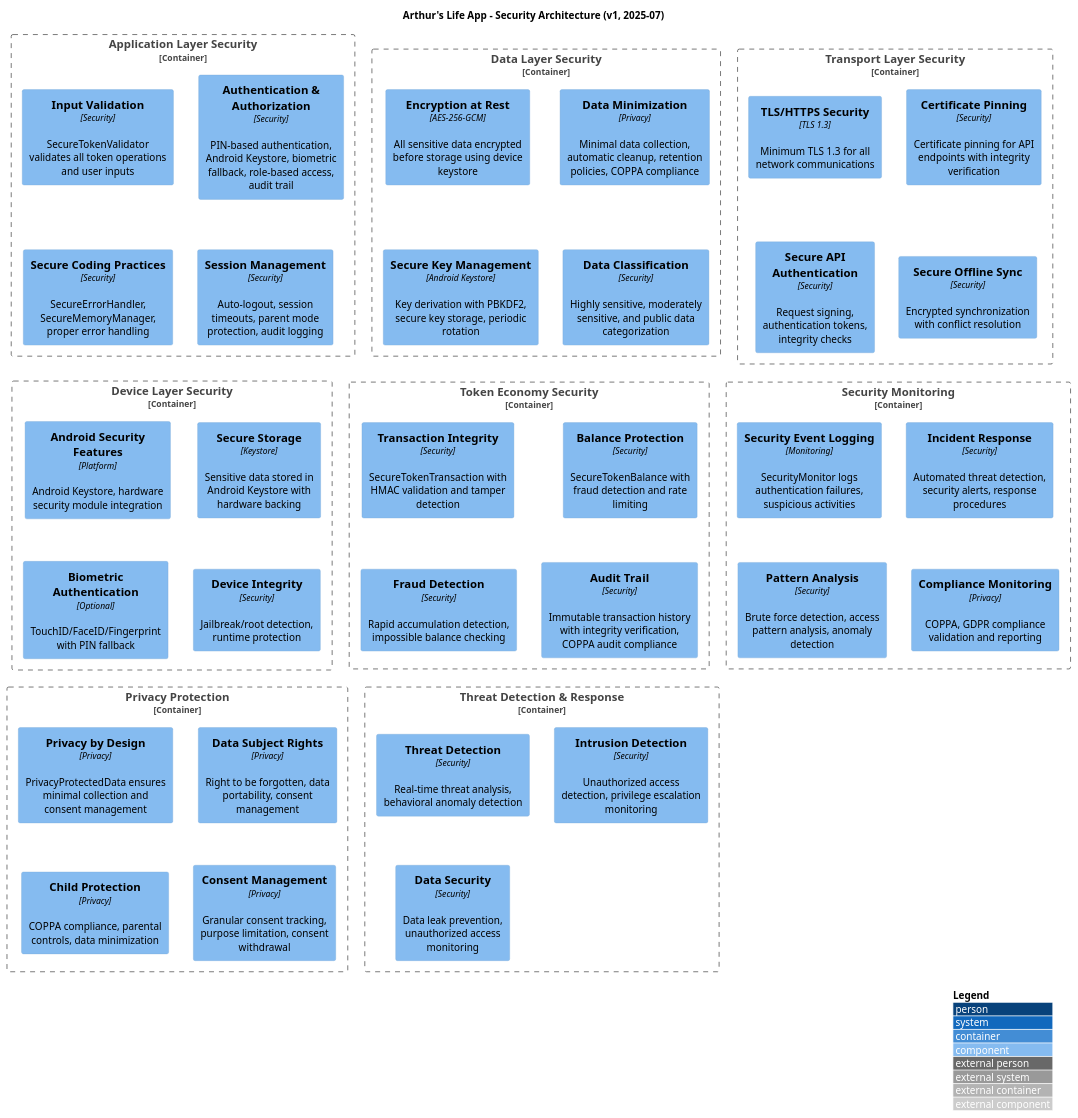
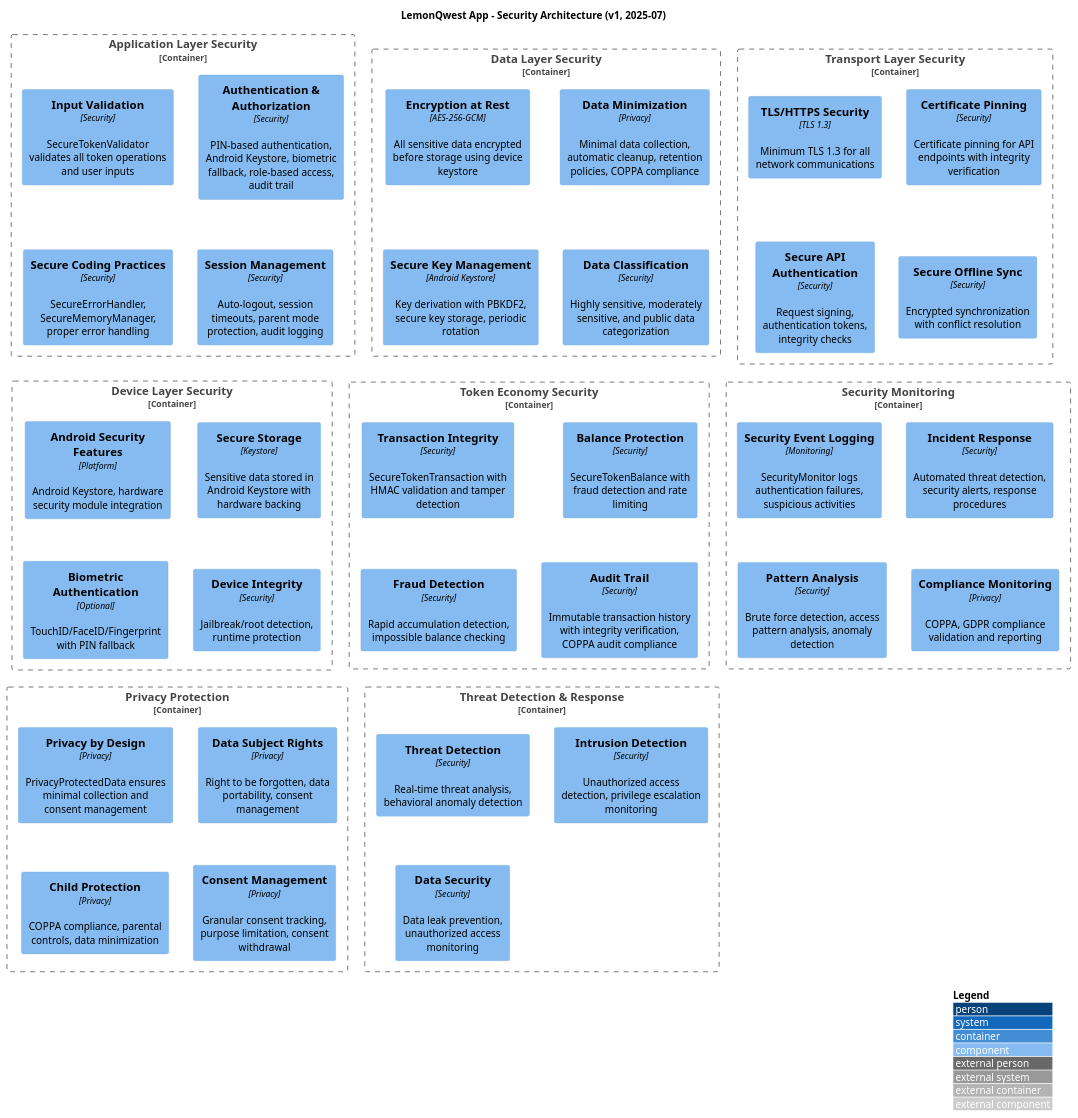
Before and after one commit to almeidaraphael/arthurs-life-app: the diagram in docs/diagrams/security-architecture.puml, drawn with PlantUML. The commit also changed 778 other files, not shown here.

First line of the commit message:
refactor: rename Arthurs Life App to LemonQwest across codebase and documentation

```diff
--- a/docs/diagrams/security-architecture.puml
+++ b/docs/diagrams/security-architecture.puml
@@ -1,63 +1,63 @@
 @startuml security-architecture
 !includeurl https://raw.githubusercontent.com/plantuml-stdlib/C4-PlantUML/master/C4_Component.puml
 
 LAYOUT_WITH_LEGEND()
 
-title Arthur's Life App - Security Architecture (v1, 2025-07)
+title LemonQwest App - Security Architecture (v1, 2025-07)
 
 Container_Boundary(application, "Application Layer Security") {
   Component(inputvalidation, "Input Validation", "Security", "SecureTokenValidator validates all token operations and user inputs")
   Component(authentication, "Authentication & Authorization", "Security", "PIN-based authentication, Android Keystore, biometric fallback, role-based access, audit trail")
   Component(securecoding, "Secure Coding Practices", "Security", "SecureErrorHandler, SecureMemoryManager, proper error handling")
   Component(sessionmgmt, "Session Management", "Security", "Auto-logout, session timeouts, parent mode protection, audit logging")
 }
 
 Container_Boundary(data, "Data Layer Security") {
   Component(encryptionrest, "Encryption at Rest", "AES-256-GCM", "All sensitive data encrypted before storage using device keystore")
   Component(dataminimization, "Data Minimization", "Privacy", "Minimal data collection, automatic cleanup, retention policies, COPPA compliance")
   Component(keymanagement, "Secure Key Management", "Android Keystore", "Key derivation with PBKDF2, secure key storage, periodic rotation")
   Component(dataclassification, "Data Classification", "Security", "Highly sensitive, moderately sensitive, and public data categorization")
 }
 
 Container_Boundary(transport, "Transport Layer Security") {
   Component(tlssecurity, "TLS/HTTPS Security", "TLS 1.3", "Minimum TLS 1.3 for all network communications")
   Component(certpinning, "Certificate Pinning", "Security", "Certificate pinning for API endpoints with integrity verification")
   Component(apiauth, "Secure API Authentication", "Security", "Request signing, authentication tokens, integrity checks")
   Component(offlinesync, "Secure Offline Sync", "Security", "Encrypted synchronization with conflict resolution")
 }
 
 Container_Boundary(device, "Device Layer Security") {
   Component(androidsecurity, "Android Security Features", "Platform", "Android Keystore, hardware security module integration")
   Component(securestorage, "Secure Storage", "Keystore", "Sensitive data stored in Android Keystore with hardware backing")
   Component(biometric, "Biometric Authentication", "Optional", "TouchID/FaceID/Fingerprint with PIN fallback")
   Component(deviceintegrity, "Device Integrity", "Security", "Jailbreak/root detection, runtime protection")
 }
 
 Container_Boundary(tokeneconomy, "Token Economy Security") {
   Component(transactionintegrity, "Transaction Integrity", "Security", "SecureTokenTransaction with HMAC validation and tamper detection")
   Component(balanceprotection, "Balance Protection", "Security", "SecureTokenBalance with fraud detection and rate limiting")
   Component(frauddetection, "Fraud Detection", "Security", "Rapid accumulation detection, impossible balance checking")
   Component(audittrail, "Audit Trail", "Security", "Immutable transaction history with integrity verification, COPPA audit compliance")
 }
 
 Container_Boundary(monitoring, "Security Monitoring") {
   Component(securityevent, "Security Event Logging", "Monitoring", "SecurityMonitor logs authentication failures, suspicious activities")
   Component(incidentresponse, "Incident Response", "Security", "Automated threat detection, security alerts, response procedures")
   Component(patternanalysis, "Pattern Analysis", "Security", "Brute force detection, access pattern analysis, anomaly detection")
   Component(compliancemonitor, "Compliance Monitoring", "Privacy", "COPPA, GDPR compliance validation and reporting")
 }
 
 Container_Boundary(privacy, "Privacy Protection") {
   Component(privacybydesign, "Privacy by Design", "Privacy", "PrivacyProtectedData ensures minimal collection and consent management")
   Component(datasubjectrights, "Data Subject Rights", "Privacy", "Right to be forgotten, data portability, consent management")
   Component(childprotection, "Child Protection", "Privacy", "COPPA compliance, parental controls, data minimization")
   Component(consentmgmt, "Consent Management", "Privacy", "Granular consent tracking, purpose limitation, consent withdrawal")
 }
 
 Container_Boundary(threats, "Threat Detection & Response") {
   Component(threatdetection, "Threat Detection", "Security", "Real-time threat analysis, behavioral anomaly detection")
   Component(intrusiondetection, "Intrusion Detection", "Security", "Unauthorized access detection, privilege escalation monitoring")
   Component(datasecurity, "Data Security", "Security", "Data leak prevention, unauthorized access monitoring")
 }
 
 @enduml
```
